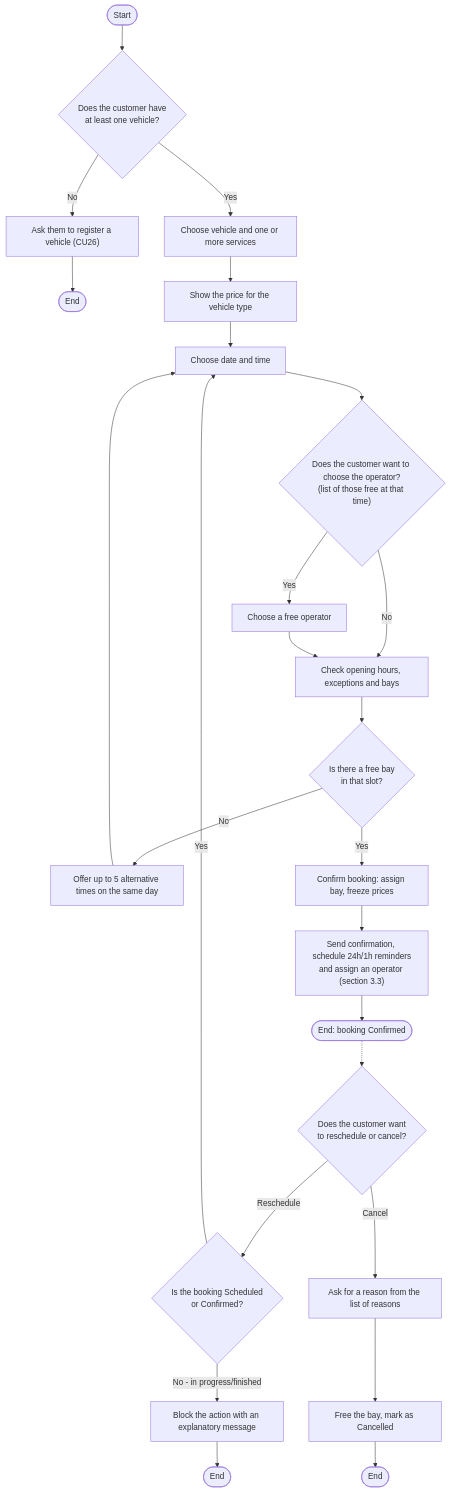
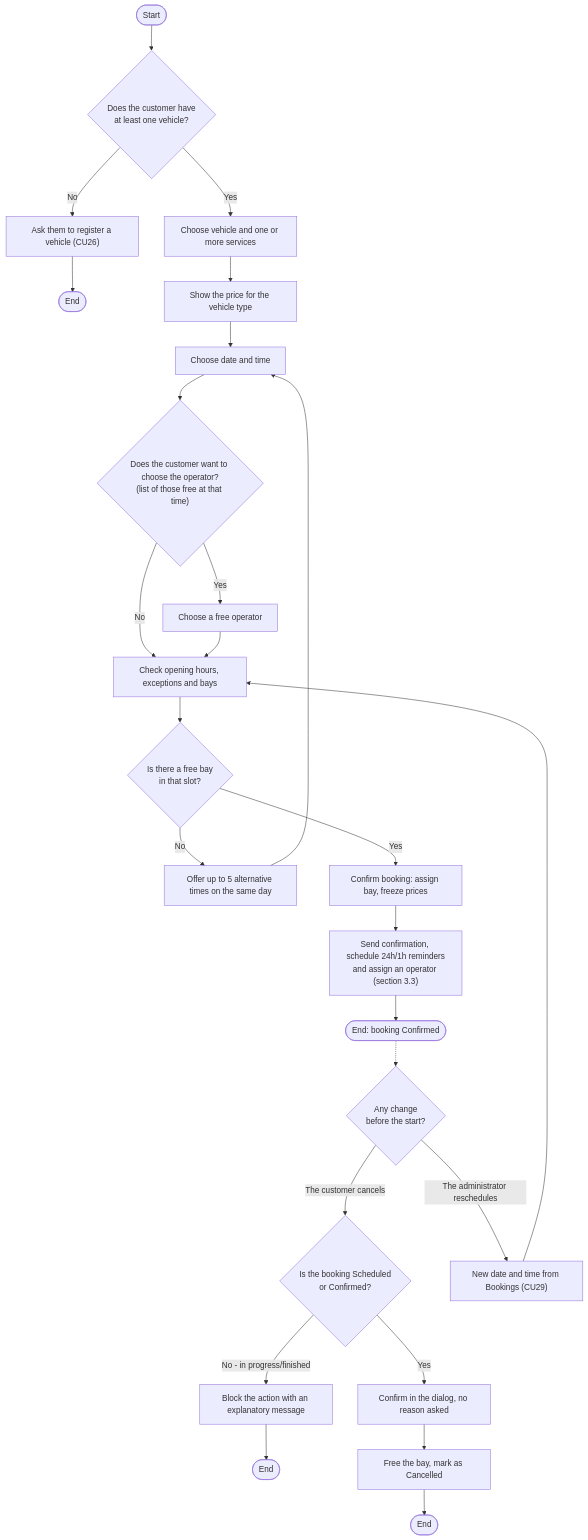
Before and after one commit to BrayanCABRERA123/lavarapido-docs: diagram 16 of 26 in 02_DOCUMENTACION_DE_ANALISIS_DEL_SOFTWARE/EN/MD/software-analysis-documentation.md, drawn with Mermaid. The commit also changed other lines of this file and 7 other files, not shown here.

Commit message:
docs(analysis): correct sequences and states against the code and redraw the diagrams (2.3)

````diff
--- a/02_DOCUMENTACION_DE_ANALISIS_DEL_SOFTWARE/EN/MD/software-analysis-documentation.md
+++ b/02_DOCUMENTACION_DE_ANALISIS_DEL_SOFTWARE/EN/MD/software-analysis-documentation.md
@@ -672,28 +684,29 @@
 ```mermaid
 flowchart TD
     start([Start]) --> veh{Does the customer have<br/>at least one vehicle?}
     veh -->|No| regveh["Ask them to register a vehicle (CU26)"]
     regveh --> stop0([End])
     veh -->|Yes| sel[Choose vehicle and one or more services]
     sel --> price[Show the price for the vehicle type]
     price --> date[Choose date and time]
     date --> op{"Does the customer want to choose the operator?<br/>(list of those free at that time)"}
     op -->|Yes| pickop[Choose a free operator]
     op -->|No| check[Check opening hours, exceptions and bays]
     pickop --> check
     check --> avail{Is there a free bay<br/>in that slot?}
     avail -->|No| alt[Offer up to 5 alternative times on the same day]
     alt --> date
     avail -->|Yes| confirm[Confirm booking: assign bay, freeze prices]
     confirm --> notif["Send confirmation, schedule 24h/1h reminders<br/>and assign an operator (section 3.3)"]
     notif --> stop1([End: booking Confirmed])
 
-    stop1 -.-> manage{Does the customer want<br/>to reschedule or cancel?}
-    manage -->|Reschedule| state{Is the booking Scheduled<br/>or Confirmed?}
+    stop1 -.-> manage{Any change<br/>before the start?}
+    manage -->|The customer cancels| state{Is the booking Scheduled<br/>or Confirmed?}
     state -->|No - in progress/finished| block[Block the action with an explanatory message]
     block --> stop2([End])
-    state -->|Yes| date
-    manage -->|Cancel| reason[Ask for a reason from the list of reasons]
-    reason --> free[Free the bay, mark as Cancelled]
+    state -->|Yes| ask[Confirm in the dialog, no reason asked]
+    ask --> free[Free the bay, mark as Cancelled]
     free --> stop3([End])
+    manage -->|The administrator reschedules| resched["New date and time from Bookings (CU29)"]
+    resched --> check
 ```
````
